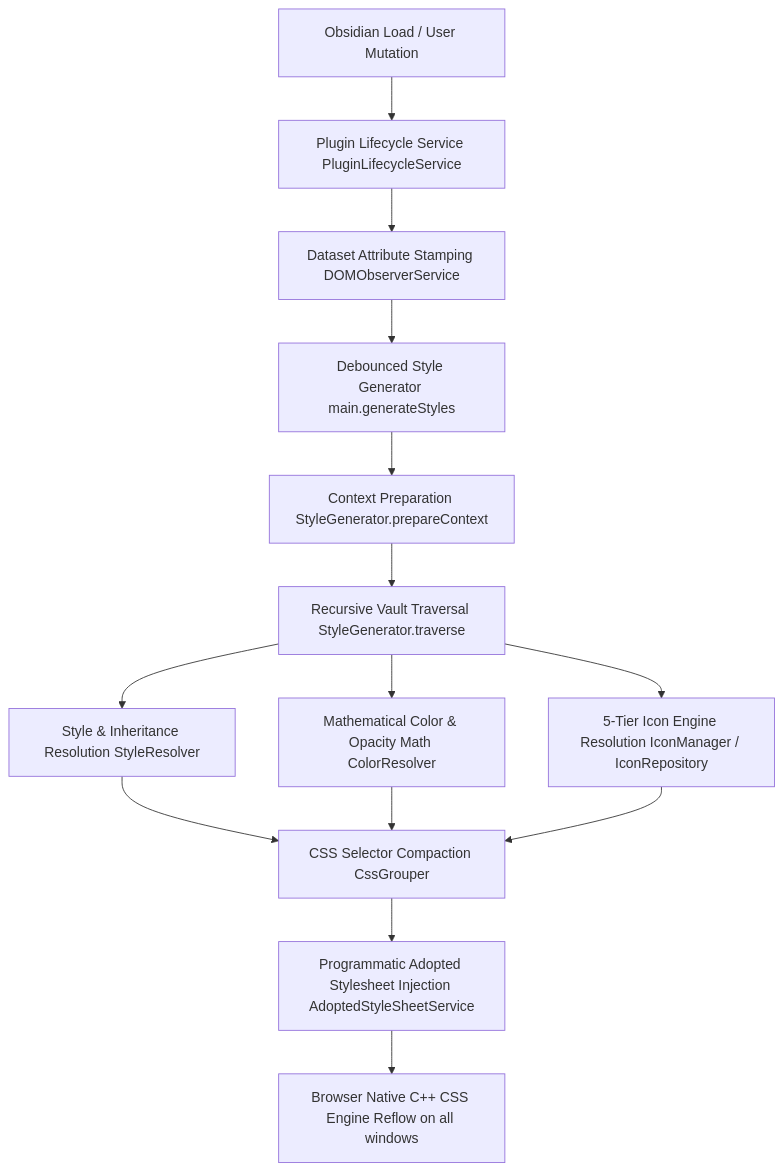
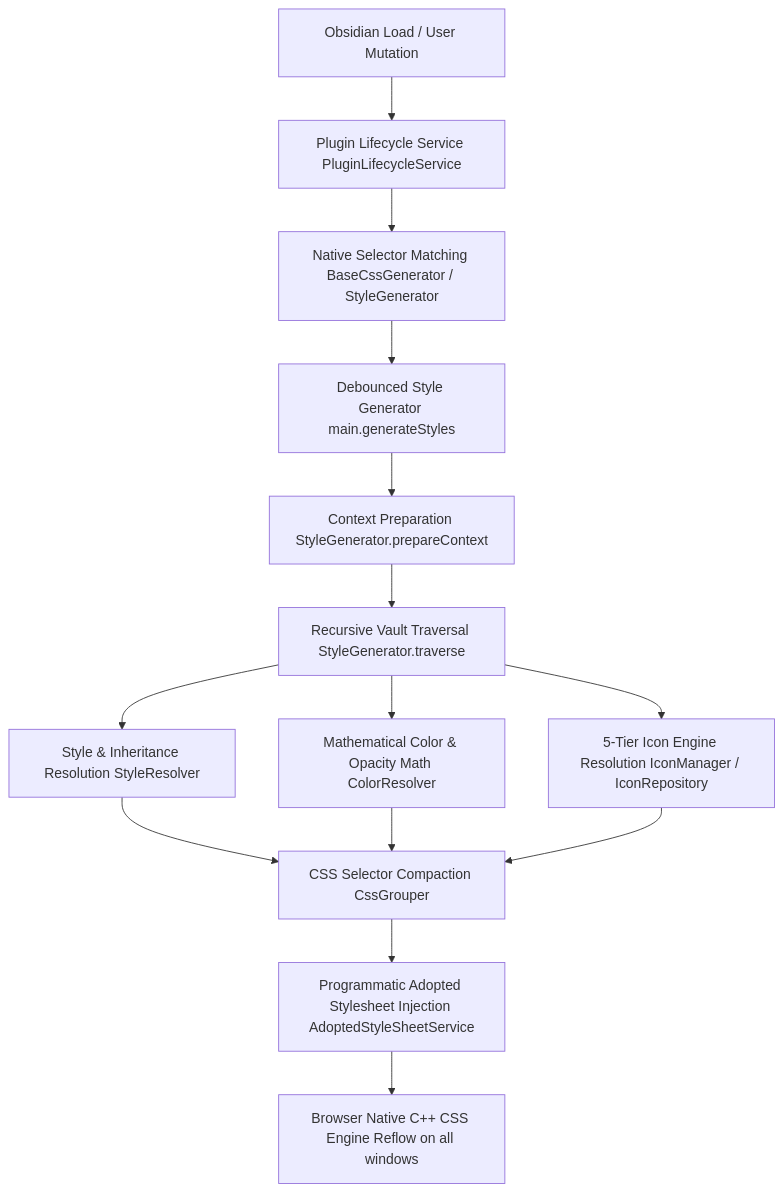
The first of 2 diagrams in docs/CODEBASE_GUIDE.md (RohitNahar-Offical/colorful-folders-obsidian), drawn with Mermaid before and after one commit. The commit also changed other lines of this file and 3 other files, not shown here.

Commit message:
docs: add comprehensive documentation covering architectural specs, engine internals, and codebase guides.

````diff
--- a/docs/CODEBASE_GUIDE.md
+++ b/docs/CODEBASE_GUIDE.md
@@ -11,16 +11,16 @@
 ```mermaid
 graph TD
     A[Obsidian Load / User Mutation] --> B[Plugin Lifecycle Service PluginLifecycleService]
-    B --> C[Dataset Attribute Stamping DOMObserverService]
+    B --> C[Native Selector Matching BaseCssGenerator / StyleGenerator]
     C --> D[Debounced Style Generator main.generateStyles]
     D --> E[Context Preparation StyleGenerator.prepareContext]
     E --> F[Recursive Vault Traversal StyleGenerator.traverse]
     F --> G1[Style & Inheritance Resolution StyleResolver]
     F --> G2[Mathematical Color & Opacity Math ColorResolver]
     F --> G3[5-Tier Icon Engine Resolution IconManager / IconRepository]
     G1 --> H[CSS Selector Compaction CssGrouper]
     G2 --> H
     G3 --> H
     H --> I[Programmatic Adopted Stylesheet Injection AdoptedStyleSheetService]
     I --> J[Browser Native C++ CSS Engine Reflow on all windows]
 ```
````
